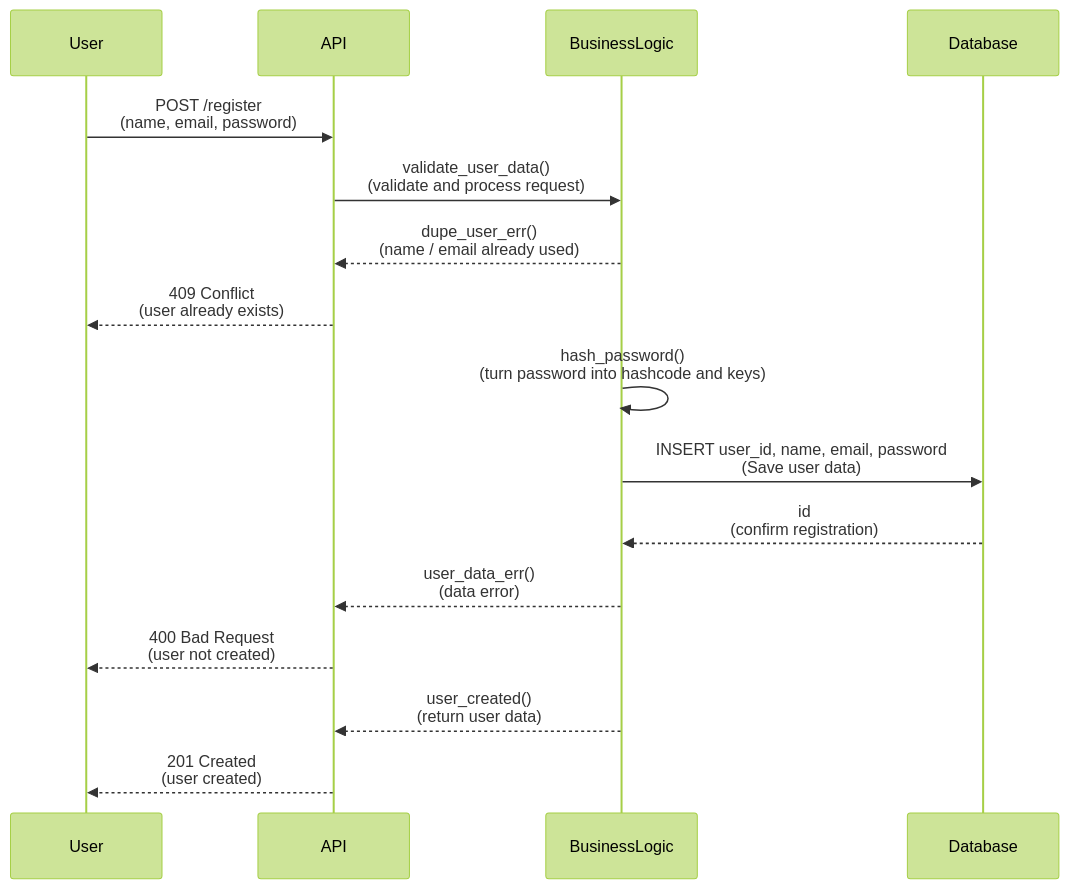
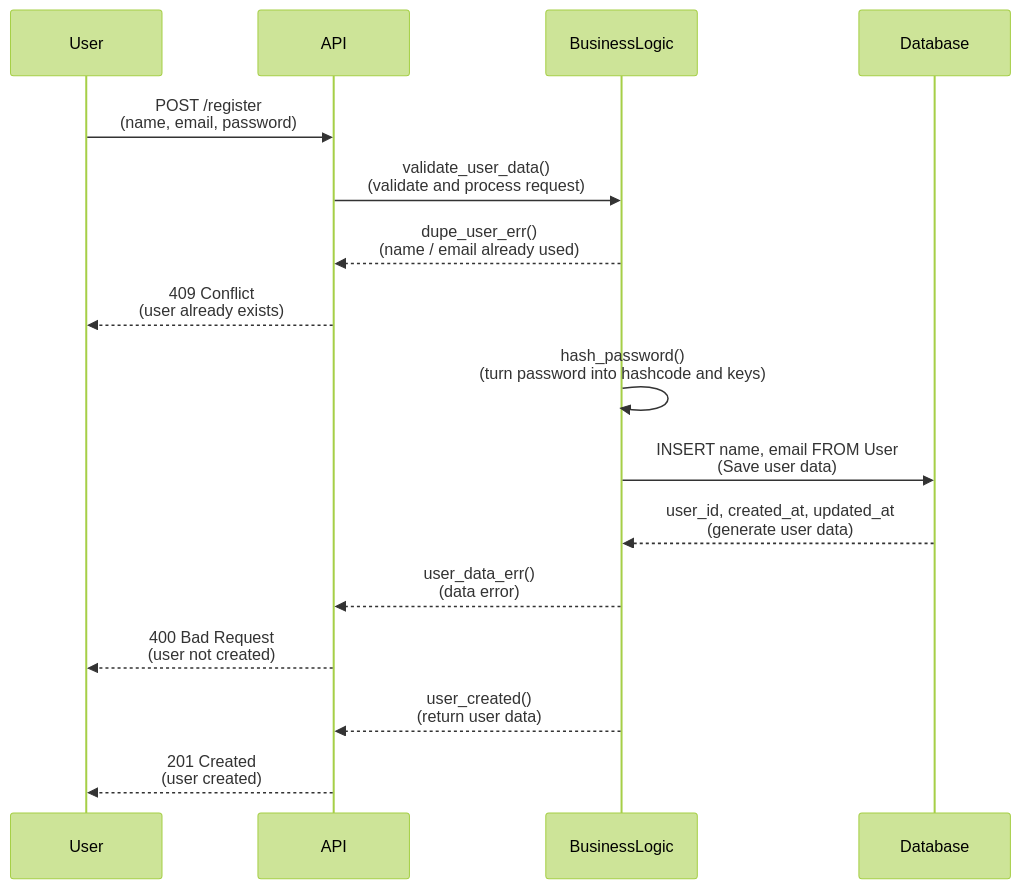
One commit to Arnaud875/hbnb-uml changed the diagram in task-2/User Registration.md. Above: the diagram before and after it, drawn with Mermaid (forest theme). The commit also changed 1 other file, not shown here.

Commit message:
2 - review

````diff
--- a/task-2/User Registration.md
+++ b/task-2/User Registration.md
@@ -4,15 +4,17 @@
 ```mermaid
 sequenceDiagram
 
 User->>API: POST /register<br>(name, email, password)
 API->>BusinessLogic: validate_user_data()<br>(validate and process request)
 BusinessLogic-->>API: dupe_user_err()<br>(name / email already used)
 API-->>User: 409 Conflict<br>(user already exists)
+
 BusinessLogic->>BusinessLogic: hash_password()<br>(turn password into hashcode and keys)
-BusinessLogic->>Database: INSERT user_id, name, email, password<br>(Save user data)
-Database-->>BusinessLogic: id<br>(confirm registration)
+BusinessLogic->>Database: INSERT name, email FROM User<br>(Save user data)
+Database-->>BusinessLogic: user_id, created_at, updated_at<br>(generate user data)
 BusinessLogic-->>API: user_data_err()<br>(data error)
 API-->>User: 400 Bad Request<br>(user not created)
+
 BusinessLogic-->>API: user_created()<br>(return user data)
 API-->>User: 201 Created<br>(user created)
 ```
````
